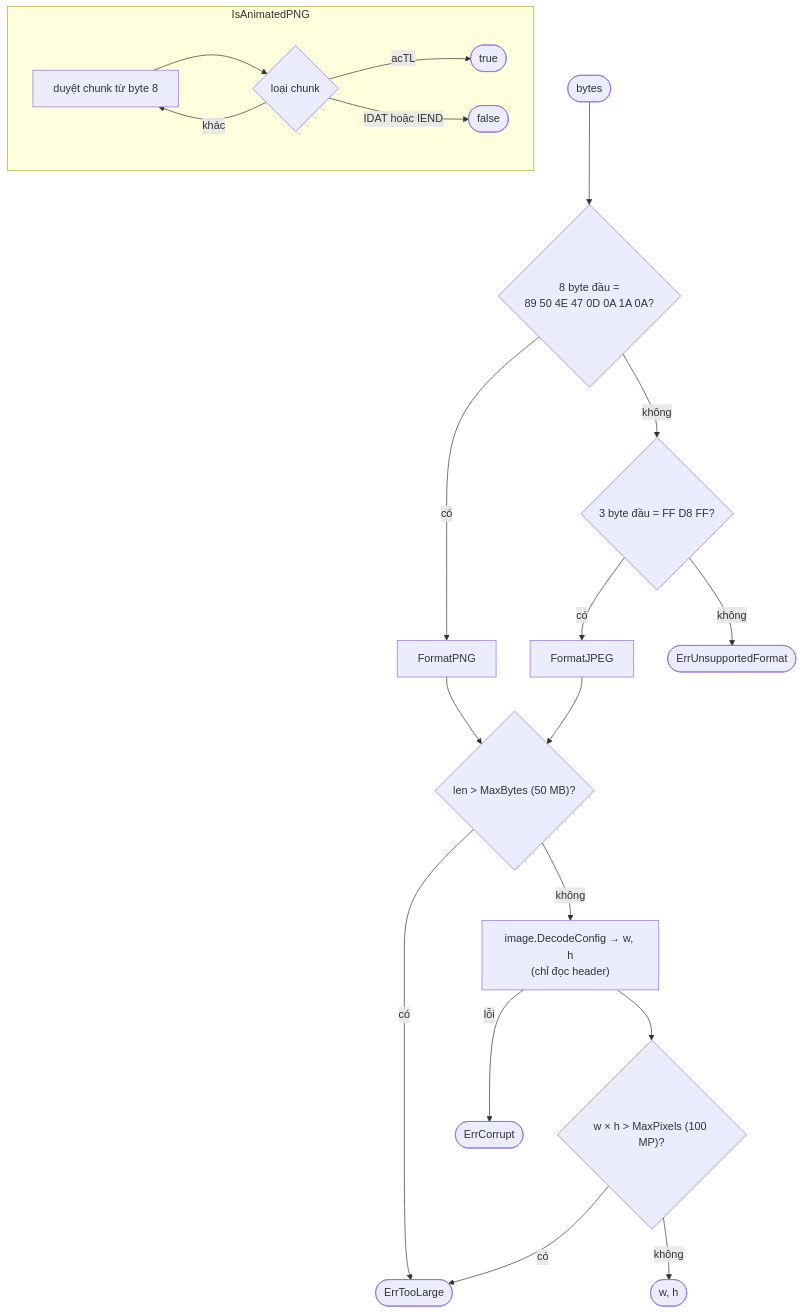
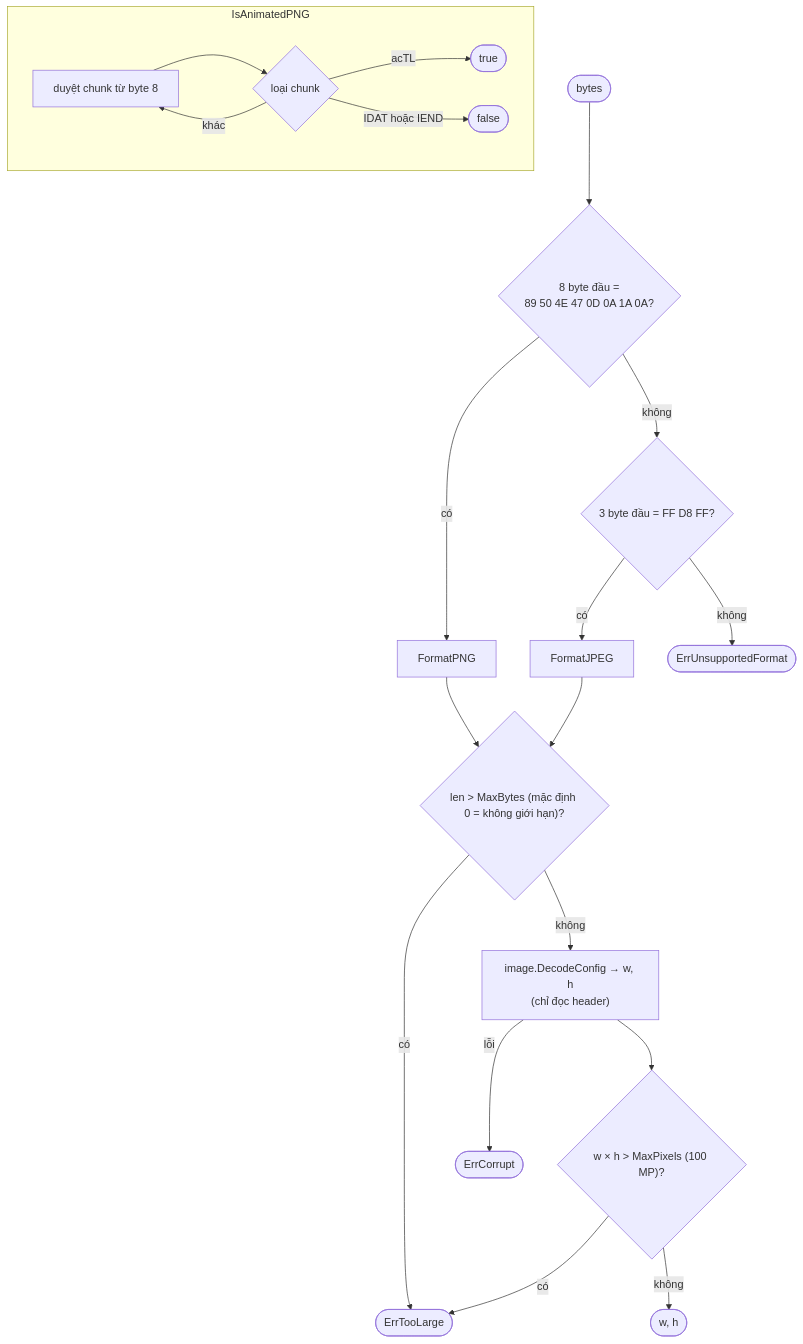
Diagram 14 of 28 in docs/logic-diagrams.md (vanh6803/OptiImg), drawn with Mermaid before and after one commit. The commit also changed other lines of this file and 17 other files, not shown here.

````diff
--- a/docs/logic-diagrams.md
+++ b/docs/logic-diagrams.md
@@ -407,23 +409,23 @@
 ```mermaid
 flowchart TD
     A([bytes]) --> B{"8 byte đầu =<br/>89 50 4E 47 0D 0A 1A 0A?"}
     B -->|có| PNG[FormatPNG]
     B -->|không| C{"3 byte đầu = FF D8 FF?"}
     C -->|có| JPG[FormatJPEG]
     C -->|không| U([ErrUnsupportedFormat])
 
-    PNG & JPG --> L1{"len > MaxBytes (50 MB)?"}
+    PNG & JPG --> L1{"len > MaxBytes (mặc định 0 = không giới hạn)?"}
     L1 -->|có| T([ErrTooLarge])
     L1 -->|không| L2["image.DecodeConfig → w, h<br/>(chỉ đọc header)"]
     L2 -->|lỗi| CR([ErrCorrupt])
     L2 --> L3{"w × h > MaxPixels (100 MP)?"}
     L3 -->|có| T
     L3 -->|không| OK([w, h])
 
     subgraph APNG["IsAnimatedPNG"]
         Q1["duyệt chunk từ byte 8"] --> Q2{"loại chunk"}
         Q2 -->|acTL| QT([true])
         Q2 -->|IDAT hoặc IEND| QF([false])
         Q2 -->|khác| Q1
     end
 ```
````
